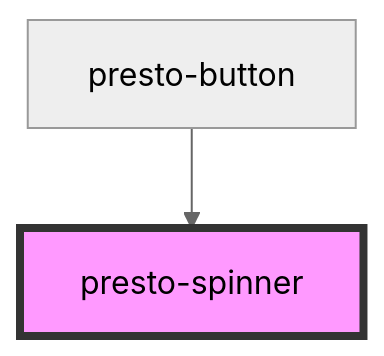
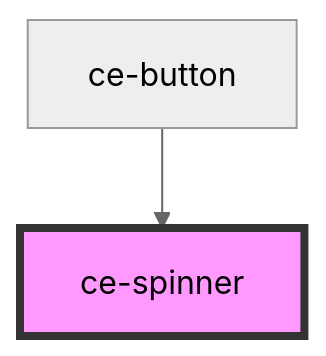
One commit to surecart/surecart-wp-plugin changed the diagram in packages/components/docs/components/ui/spinner/readme.md. Above: the diagram before and after it, drawn with Mermaid (neutral theme). The commit also changed other lines of this file and 292 other files, not shown here.

````diff
--- a/packages/components/docs/components/ui/spinner/readme.md
+++ b/packages/components/docs/components/ui/spinner/readme.md
@@ -31,5 +29,5 @@
 ```mermaid
 graph TD;
-  presto-button --> presto-spinner
-  style presto-spinner fill:#f9f,stroke:#333,stroke-width:4px
+  ce-button --> ce-spinner
+  style ce-spinner fill:#f9f,stroke:#333,stroke-width:4px
 ```
````
